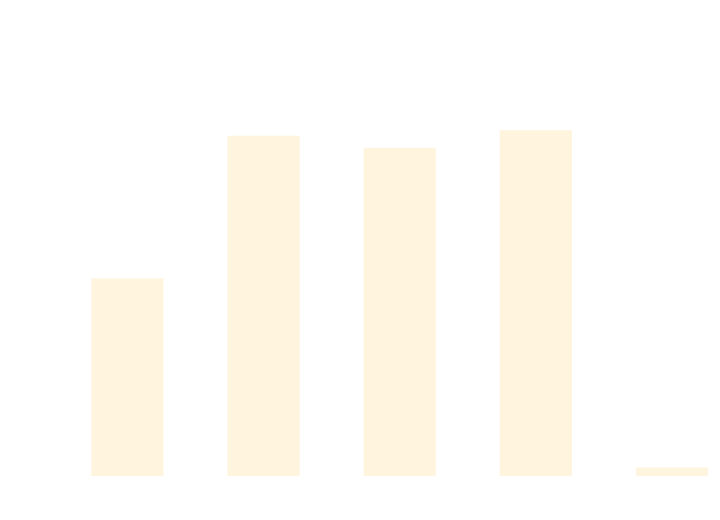
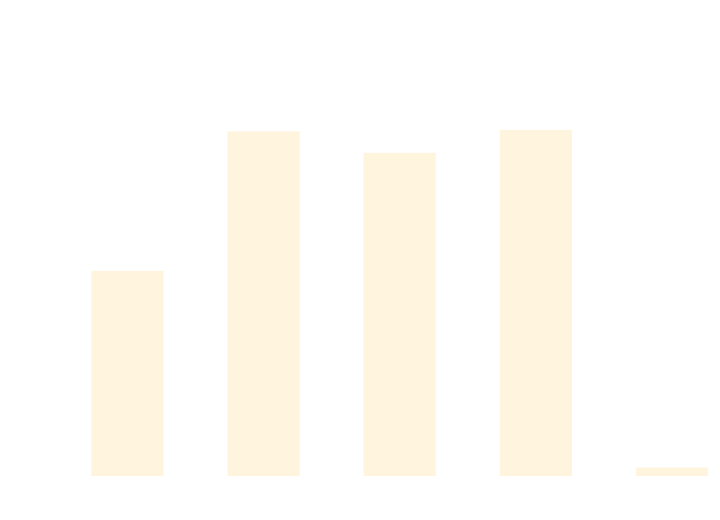
The diagram in docs/docs/benchmarks/SetupTeardownTests.md (thomhurst/TUnit), drawn with Mermaid before and after one commit. The commit also changed other lines of this file and 17 other files, not shown here.

````diff
--- a/docs/docs/benchmarks/SetupTeardownTests.md
+++ b/docs/docs/benchmarks/SetupTeardownTests.md
@@ -27,37 +27,37 @@
 ```mermaid
 %%{init: {
   'theme':'base',
   'themeVariables': {
     'primaryColor': '#2563eb',
     'primaryTextColor': '#ffffff',
     'primaryBorderColor': '#1e40af',
     'lineColor': '#6b7280',
     'secondaryColor': '#7c3aed',
     'tertiaryColor': '#dc2626',
     'background': '#ffffff',
     'mainBkg': '#2563eb',
     'secondBkg': '#7c3aed',
     'tertiaryBkg': '#dc2626',
     'clusterBkg': '#f3f4f6',
     'edgeLabelBackground': '#ffffff',
     'tertiaryTextColor': '#1f2937',
     'pie1': '#2563eb',
     'pie2': '#7c3aed',
     'pie3': '#dc2626',
     'pie4': '#f59e0b',
     'pie5': '#10b981',
     'pie6': '#06b6d4',
     'pie7': '#ec4899',
     'pie8': '#6366f1',
     'pie9': '#84cc16',
     'pie10': '#f97316',
     'pie11': '#14b8a6',
     'pie12': '#a855f7'
   }
 }}%%
 xychart-beta
   title "SetupTeardownTests Performance Comparison"
   x-axis ["TUnit", "NUnit", "MSTest", "xUnit3", "TUnit_AOT"]
-  y-axis "Time (ms)" 0 --> 1441
-  bar [673, 1180.4, 1137.6, 1200.2, 0]
+  y-axis "Time (ms)" 0 --> 1505
+  bar [730.9, 1249.2, 1169.3, 1254, 0]
 ```
````
